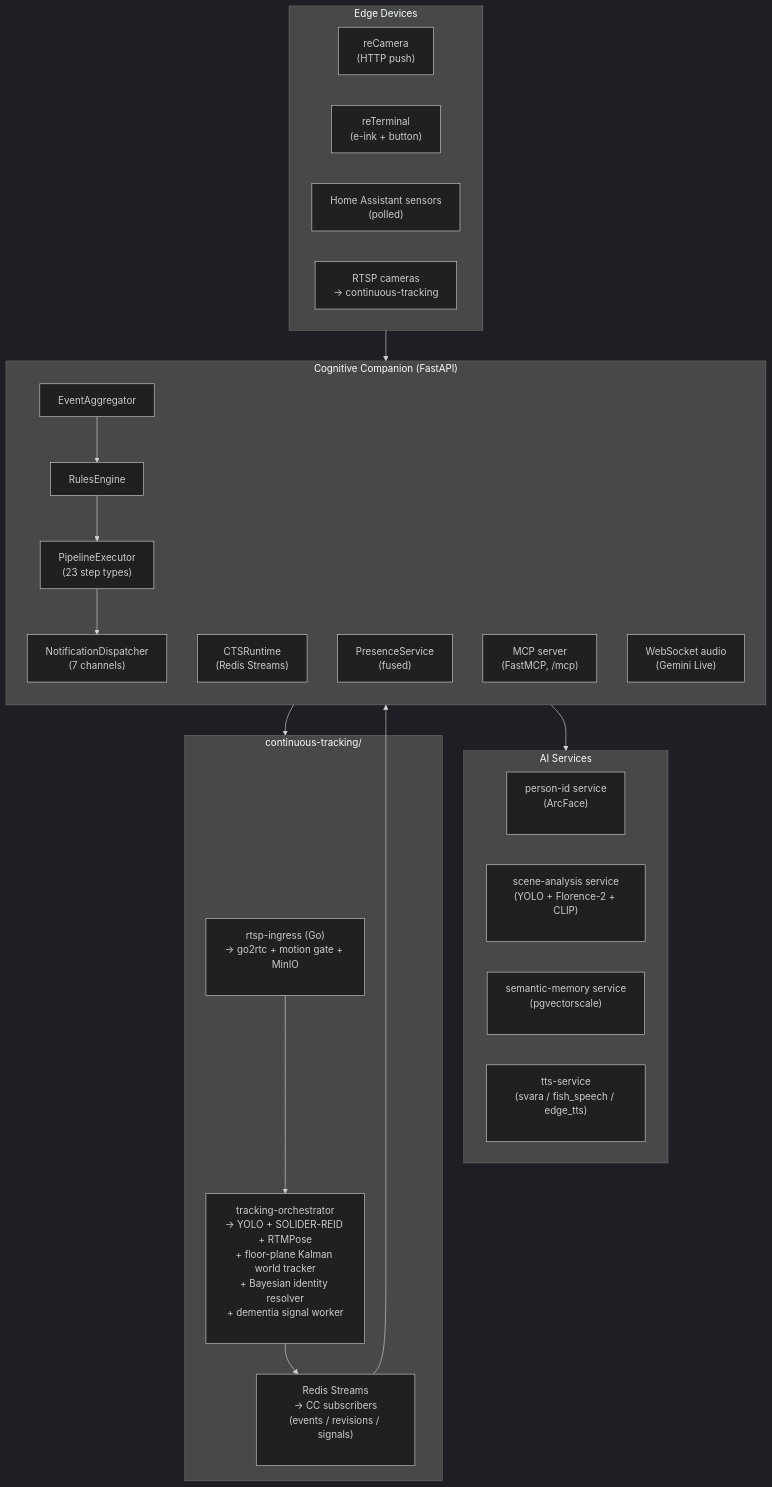
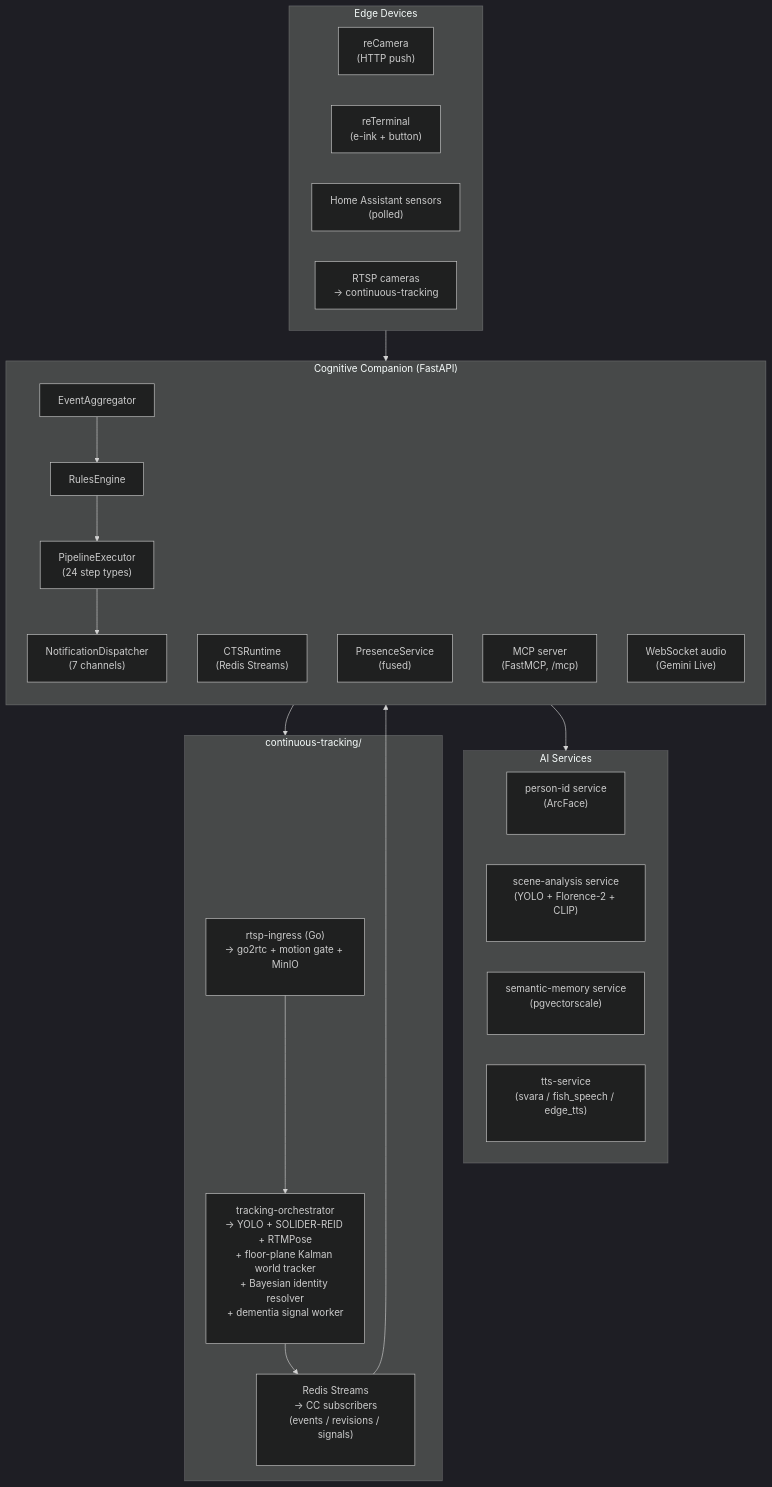
One commit to SilverMind-Project/SilverMind-Project.github.io changed the diagram in docs/guide/introduction.md. Above: the diagram before and after it, drawn with Mermaid (dark theme). The commit also changed other lines of this file and 8 other files, not shown here.

````diff
--- a/docs/guide/introduction.md
+++ b/docs/guide/introduction.md
@@ -28,41 +28,41 @@
 ```mermaid
 flowchart TB
     subgraph Edge["Edge Devices"]
         reCamera["reCamera<br/>(HTTP push)"]
         reTerminal["reTerminal<br/>(e-ink + button)"]
         HA["Home Assistant sensors<br/>(polled)"]
         RTSP["RTSP cameras<br/>→ continuous-tracking"]
     end
 
     subgraph CC["Cognitive Companion (FastAPI)"]
         direction TB
         Aggregator["EventAggregator"]
         RulesEngine["RulesEngine"]
-        Executor["PipelineExecutor<br/>(23 step types)"]
+        Executor["PipelineExecutor<br/>(24 step types)"]
         Dispatcher["NotificationDispatcher<br/>(7 channels)"]
         CTS["CTSRuntime<br/>(Redis Streams)"]
         Presence["PresenceService<br/>(fused)"]
         MCP["MCP server<br/>(FastMCP, /mcp)"]
         WS["WebSocket audio<br/>(Gemini Live)"]
         Aggregator --> RulesEngine --> Executor --> Dispatcher
     end
 
     subgraph Services["AI Services"]
         PersonID["person-id service<br/>(ArcFace)<br/>&nbsp;"]
         SceneAnalysis["scene-analysis service<br/>(YOLO + Florence-2 + CLIP)<br/>&nbsp;"]
         SemanticMemory["semantic-memory service<br/>(pgvectorscale)<br/>&nbsp;"]
         TTS["tts-service<br/>(svara / fish_speech / edge_tts)<br/>&nbsp;"]
     end
 
     subgraph CTS_["continuous-tracking/"]
         Ingress["rtsp-ingress (Go)<br/>→ go2rtc + motion gate + MinIO<br/>&nbsp;"]
         Orchestrator["tracking-orchestrator<br/>→ YOLO + SOLIDER-REID + RTMPose<br/>+ floor-plane Kalman world tracker<br/>+ Bayesian identity resolver<br/>+ dementia signal worker<br/>&nbsp;"]
         Redis["Redis Streams<br/>→ CC subscribers<br/>(events / revisions / signals)<br/>&nbsp;"]
         Ingress --> Orchestrator --> Redis
     end
 
     Edge --> CC
     CC --> Services
     CC --> CTS_
     Redis --> CC
 ```
````
